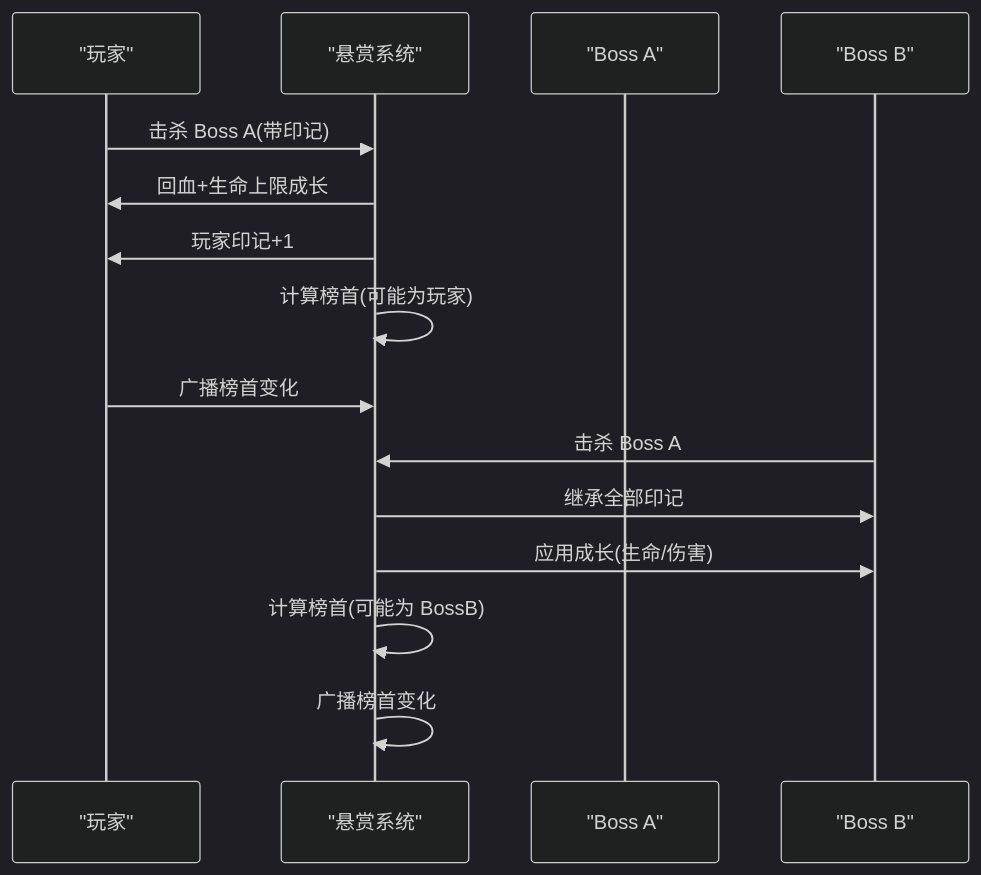
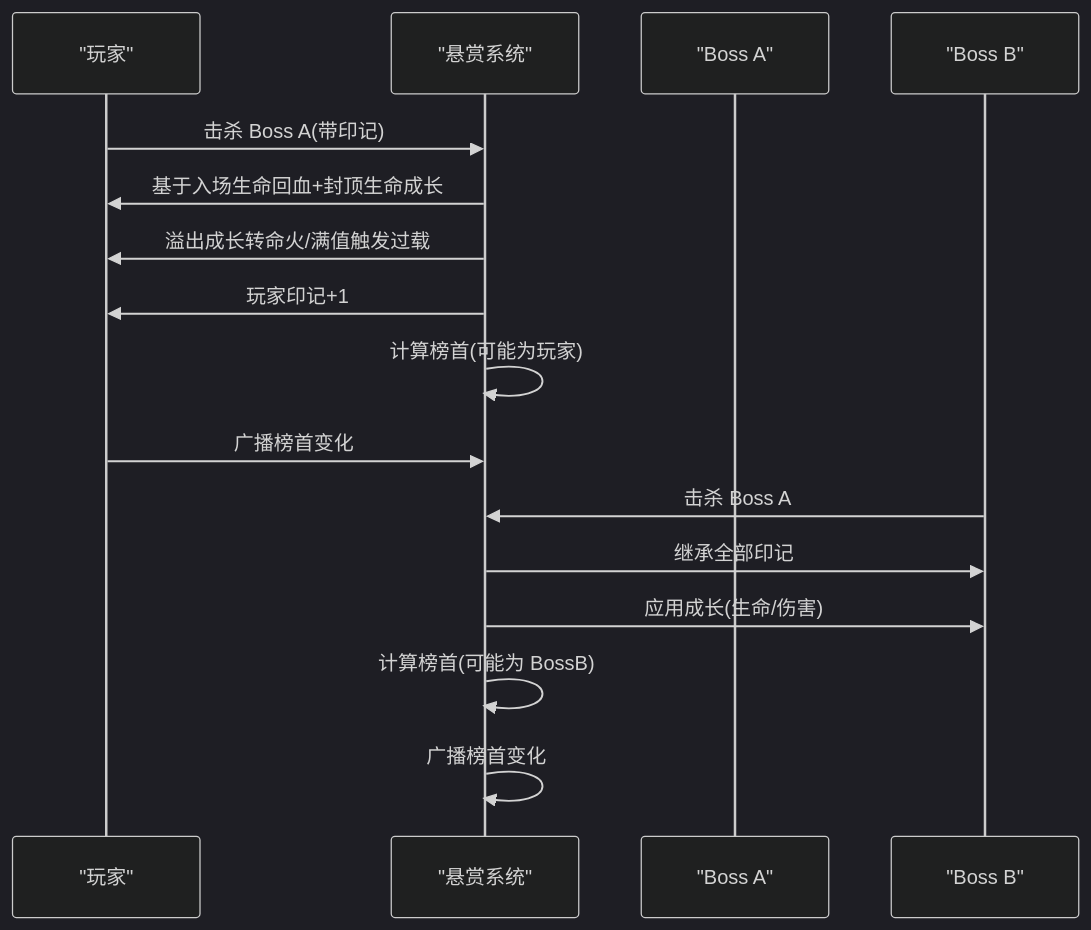
Before and after one commit to GASEN1216/BossRushMod: the fourth of 7 diagrams in .qoder/repowiki/zh/content/游戏模式系统/Mode F：血猎追击.md, drawn with Mermaid (dark theme). The commit also changed other lines of this file and 73 other files, not shown here.

````diff
--- a/.qoder/repowiki/zh/content/游戏模式系统/Mode F：血猎追击.md
+++ b/.qoder/repowiki/zh/content/游戏模式系统/Mode F：血猎追击.md
@@ -155,17 +156,18 @@
 ```mermaid
 sequenceDiagram
 participant 玩家 as "玩家"
 participant 悬赏 as "悬赏系统"
 participant BossA as "Boss A"
 participant BossB as "Boss B"
 玩家->>悬赏 : 击杀 Boss A(带印记)
-悬赏->>玩家 : 回血+生命上限成长
+悬赏->>玩家 : 基于入场生命回血+封顶生命成长
+悬赏->>玩家 : 溢出成长转命火/满值触发过载
 悬赏->>玩家 : 玩家印记+1
 悬赏->>悬赏 : 计算榜首(可能为玩家)
 玩家->>悬赏 : 广播榜首变化
 BossB->>悬赏 : 击杀 Boss A
 悬赏->>BossB : 继承全部印记
 悬赏->>BossB : 应用成长(生命/伤害)
 悬赏->>悬赏 : 计算榜首(可能为 BossB)
 悬赏->>悬赏 : 广播榜首变化
 ```
````
